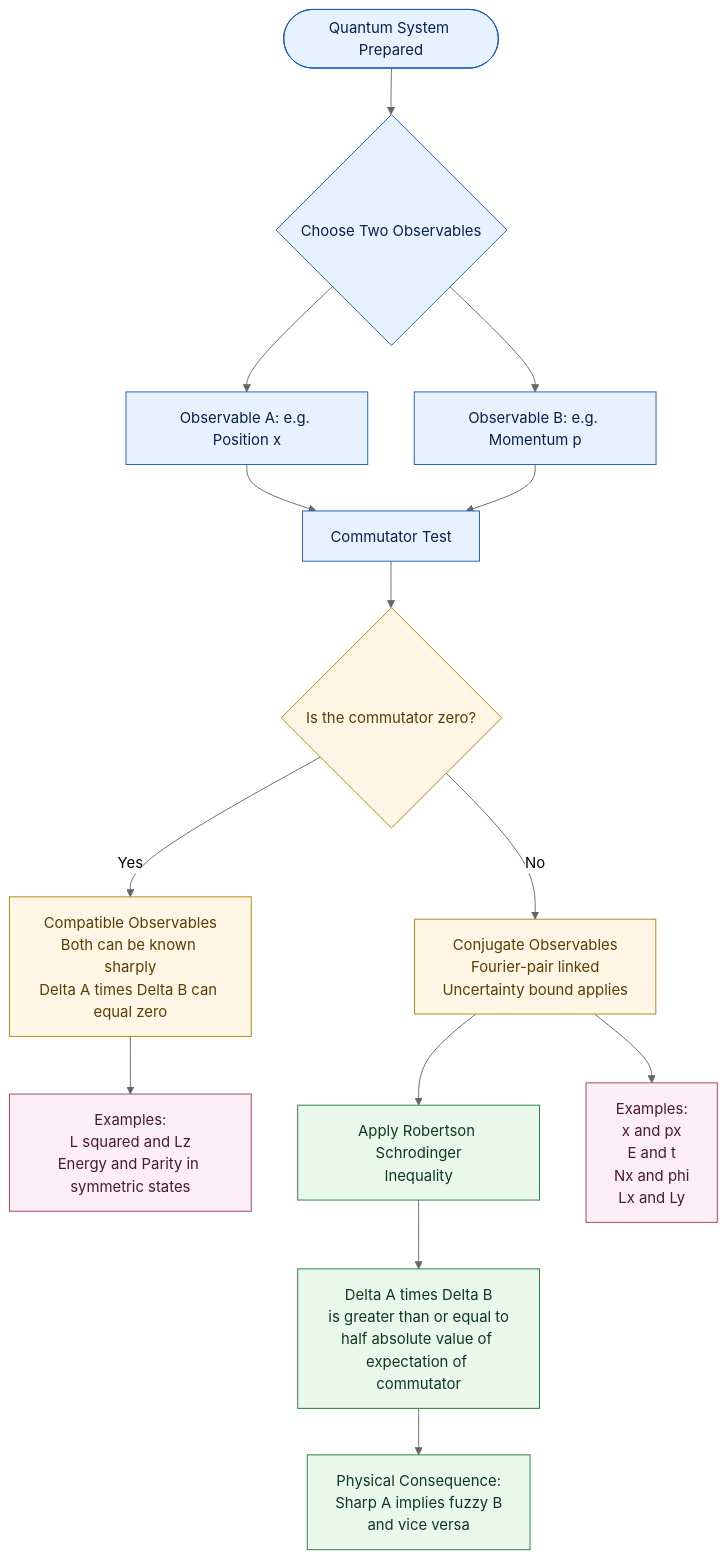
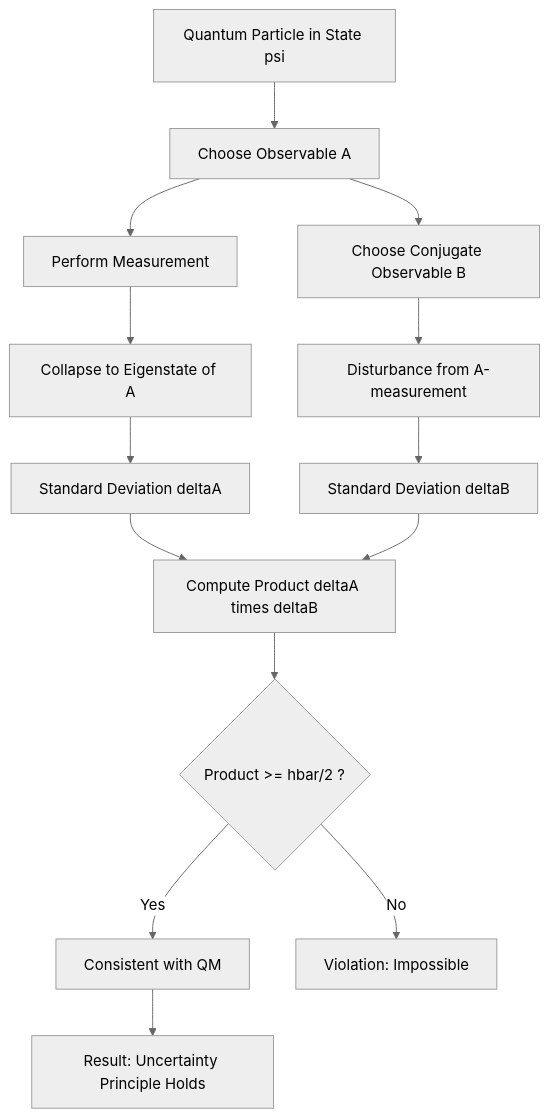
One commit to vishnuu-kr/ktunode changed the first of 4 diagrams in public/notes/computer-science-and-engineering/semester-1/gapht121-physics-for-information-science/02-module-2-quantum-mechanics/concept-of-uncertainty-and-conjugate-observables-qualitative/notes.md. Above: the diagram before and after it, drawn with Mermaid (neutral theme). The commit also changed other lines of this file and 4829 other files, not shown here.

````diff
--- a/public/notes/computer-science-and-engineering/semester-1/gapht121-physics-for-information-science/02-module-2-quantum-mechanics/concept-of-uncertainty-and-conjugate-observables-qualitative/notes.md
+++ b/public/notes/computer-science-and-engineering/semester-1/gapht121-physics-for-information-science/02-module-2-quantum-mechanics/concept-of-uncertainty-and-conjugate-observables-qualitative/notes.md
@@ -331,30 +245,16 @@
 ```mermaid
 flowchart TD
-    A([Quantum System Prepared]) --> B{Choose Two Observables}
-    B --> C1[Observable A: e.g. Position x]
-    B --> C2[Observable B: e.g. Momentum p]
-
-    C1 --> D[Commutator Test]
-    C2 --> D
-    D --> E{Is the commutator zero?}
-
-    E -- Yes --> F[Compatible Observables<br/>Both can be known sharply<br/>Delta A times Delta B can equal zero]
-    E -- No  --> G[Conjugate Observables<br/>Fourier-pair linked<br/>Uncertainty bound applies]
-
-    G --> H[Apply Robertson Schrodinger<br/>Inequality]
-    H --> I[Delta A times Delta B<br/>is greater than or equal to<br/>half absolute value of expectation of commutator]
-    I --> J[Physical Consequence:<br/>Sharp A implies fuzzy B<br/>and vice versa]
-
-    F --> K[Examples:<br/>L squared and Lz<br/>Energy and Parity in symmetric states]
-    G --> L[Examples:<br/>x and px<br/>E and t<br/>Nx and phi<br/>Lx and Ly]
-
-    classDef concept fill:#E8F1FF,stroke:#1E5BBA,color:#0B1F4D,stroke-width:1px;
-    classDef branch  fill:#FFF6E5,stroke:#B58105,color:#5A3D00,stroke-width:1px;
-    classDef result  fill:#EAF7EC,stroke:#1F7A33,color:#0E3A1A,stroke-width:1px;
-    classDef example fill:#FBEEF4,stroke:#A03A6A,color:#4A1A2E,stroke-width:1px;
-
-    class A,B,C1,C2,D concept;
-    class E,F,G branch;
-    class H,I,J result;
-    class K,L example;
+    A[Quantum Particle in State psi] --> B[Choose Observable A]
+    B --> C[Perform Measurement]
+    C --> D[Collapse to Eigenstate of A]
+    D --> E[Standard Deviation deltaA]
+    B --> F[Choose Conjugate Observable B]
+    F --> G[Disturbance from A-measurement]
+    G --> H[Standard Deviation deltaB]
+    E --> I[Compute Product deltaA times deltaB]
+    H --> I
+    I --> J{Product >= hbar/2 ?}
+    J -->|Yes| K[Consistent with QM]
+    J -->|No| L[Violation: Impossible]
+    K --> M[Result: Uncertainty Principle Holds]
 ```
````
